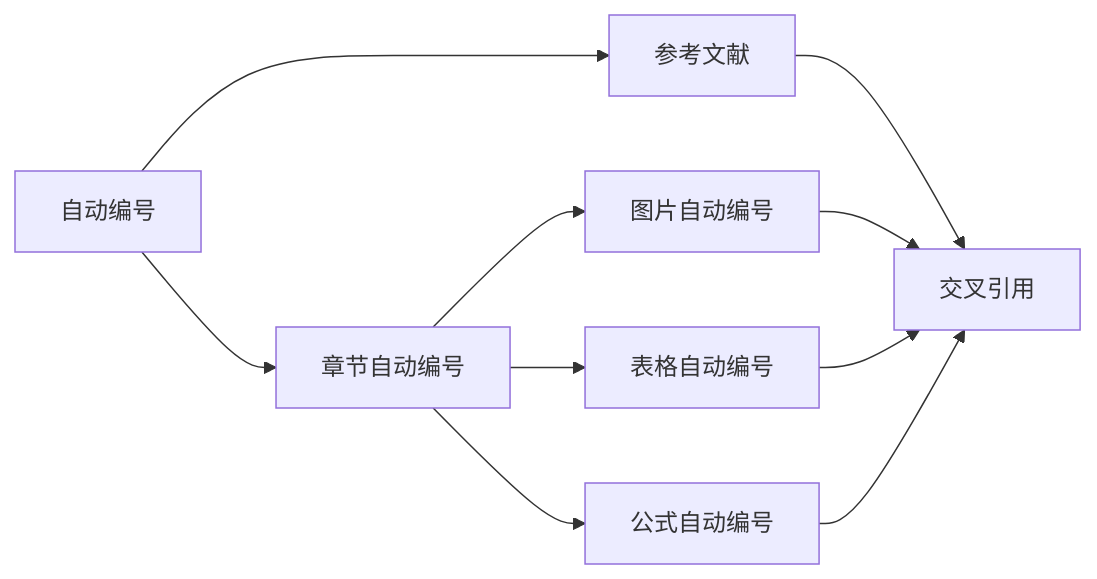
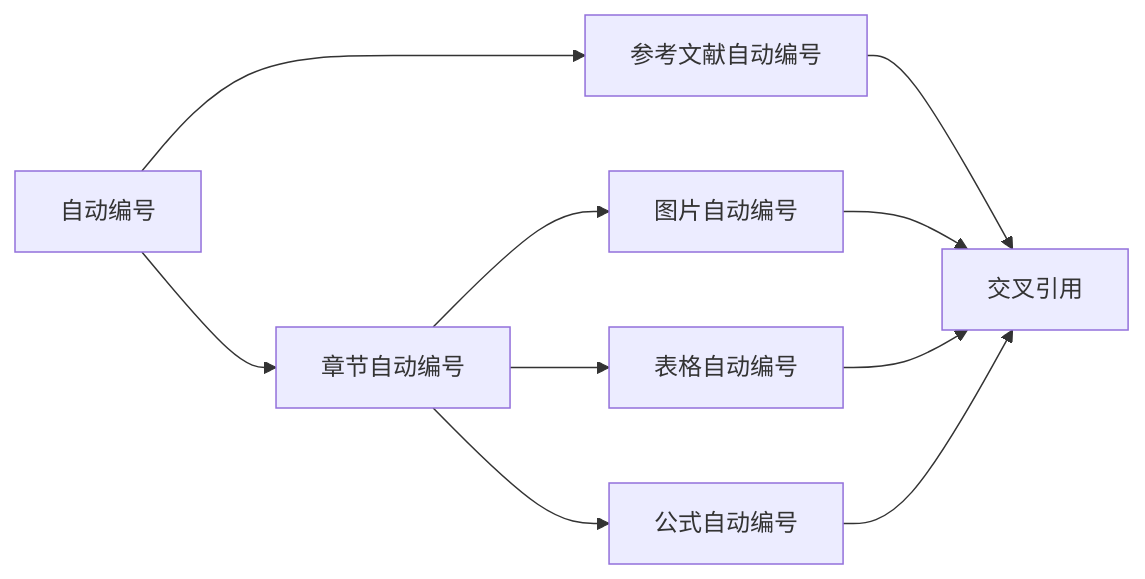
The diagram in source/论文排版指南/自动编号/index.md (zkytech/zkytech.github.io), drawn with Mermaid before and after one commit. The commit also changed other lines of this file and 4 other files, not shown here.

````diff
--- a/source/论文排版指南/自动编号/index.md
+++ b/source/论文排版指南/自动编号/index.md
@@ -5,8 +9,8 @@
 ```mermaid
 graph LR
 自动编号 --> 章节自动编号
-自动编号 --> 参考文献 --> 交叉引用
+自动编号 --> 参考文献自动编号 --> 交叉引用
 章节自动编号 --> 图片自动编号 --> 交叉引用
 章节自动编号 --> 表格自动编号 --> 交叉引用
 章节自动编号 --> 公式自动编号 --> 交叉引用
 ```
````
